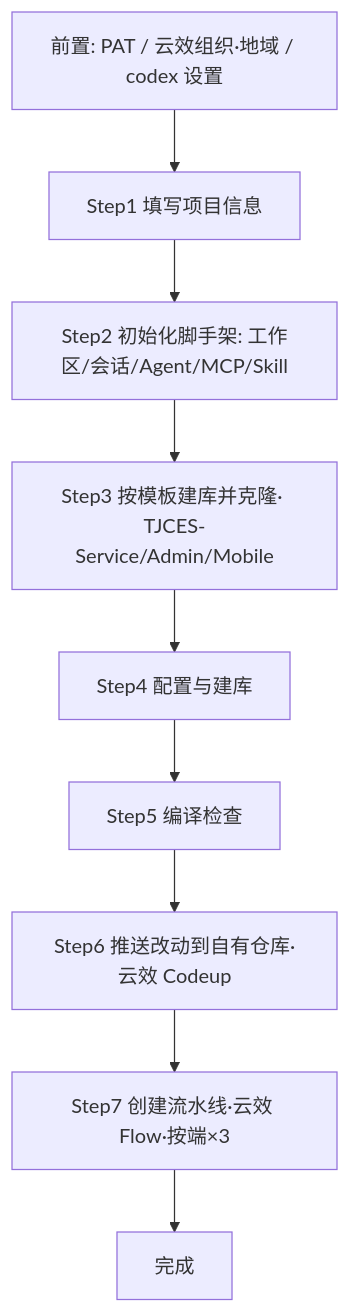
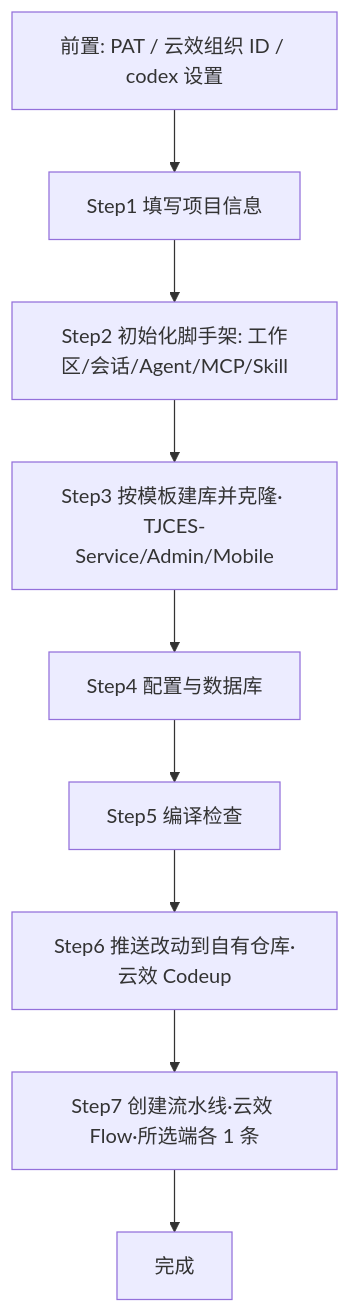
One commit to yswenli/luban-agent changed the first of 2 diagrams in docs/PRD-插件体系与新建项目插件.md. Above: the diagram before and after it, drawn with Mermaid. The commit also changed other lines of this file, not shown here.

````diff
--- a/docs/PRD-插件体系与新建项目插件.md
+++ b/docs/PRD-插件体系与新建项目插件.md
@@ -386,11 +407,11 @@
 ```mermaid
 flowchart TD
-    P[前置: PAT / 云效组织·地域 / codex 设置] --> A[Step1 填写项目信息]
+    P[前置: PAT / 云效组织 ID / codex 设置] --> A[Step1 填写项目信息]
     A --> B[Step2 初始化脚手架: 工作区/会话/Agent/MCP/Skill]
     B --> C[Step3 按模板建库并克隆· TJCES-Service/Admin/Mobile]
-    C --> D[Step4 配置与建库]
+    C --> D[Step4 配置与数据库]
     D --> E[Step5 编译检查]
     E --> F[Step6 推送改动到自有仓库·云效 Codeup]
-    F --> G[Step7 创建流水线·云效 Flow·按端×3]
+    F --> G[Step7 创建流水线·云效 Flow·所选端各 1 条]
     G --> H[完成]
 ```
````
